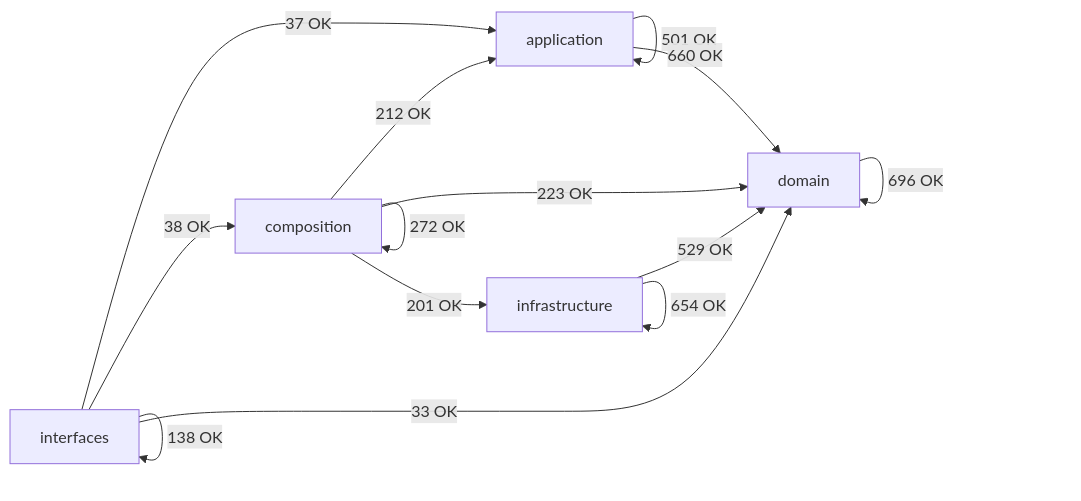
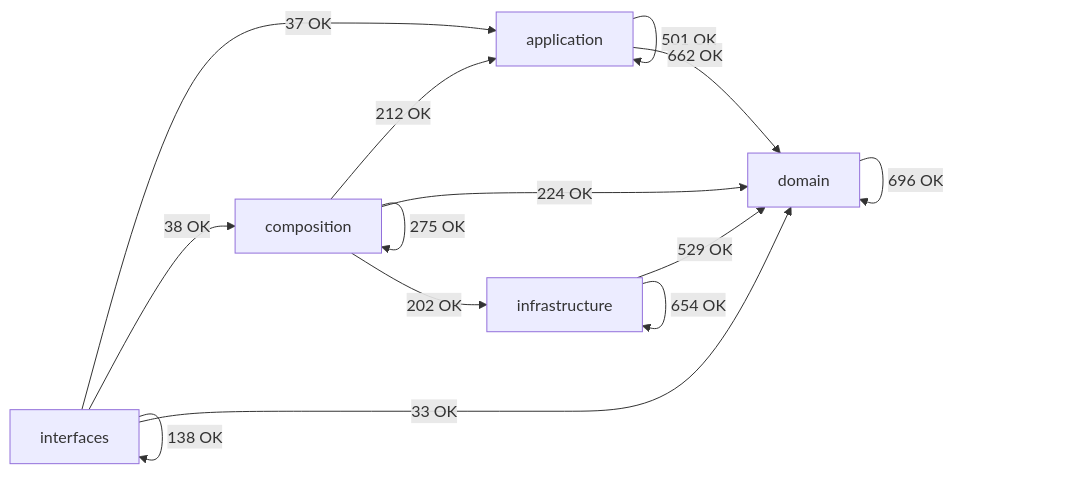
Before and after one commit to SatoryKono/BioactivityDataAcquisition: the diagram in docs/02-architecture/generated/module-dependency-map.md, drawn with Mermaid. The commit also changed other lines of this file and 11 other files, not shown here.

````diff
--- a/docs/02-architecture/generated/module-dependency-map.md
+++ b/docs/02-architecture/generated/module-dependency-map.md
@@ -16,21 +16,21 @@
 ```mermaid
 flowchart LR
     domain[domain]
     application[application]
     infrastructure[infrastructure]
     composition[composition]
     interfaces[interfaces]
     application -->|501 OK| application
-    application -->|660 OK| domain
+    application -->|662 OK| domain
     composition -->|212 OK| application
-    composition -->|272 OK| composition
-    composition -->|223 OK| domain
-    composition -->|201 OK| infrastructure
+    composition -->|275 OK| composition
+    composition -->|224 OK| domain
+    composition -->|202 OK| infrastructure
     domain -->|696 OK| domain
     infrastructure -->|529 OK| domain
     infrastructure -->|654 OK| infrastructure
     interfaces -->|37 OK| application
     interfaces -->|38 OK| composition
     interfaces -->|33 OK| domain
     interfaces -->|138 OK| interfaces
 ```
````
